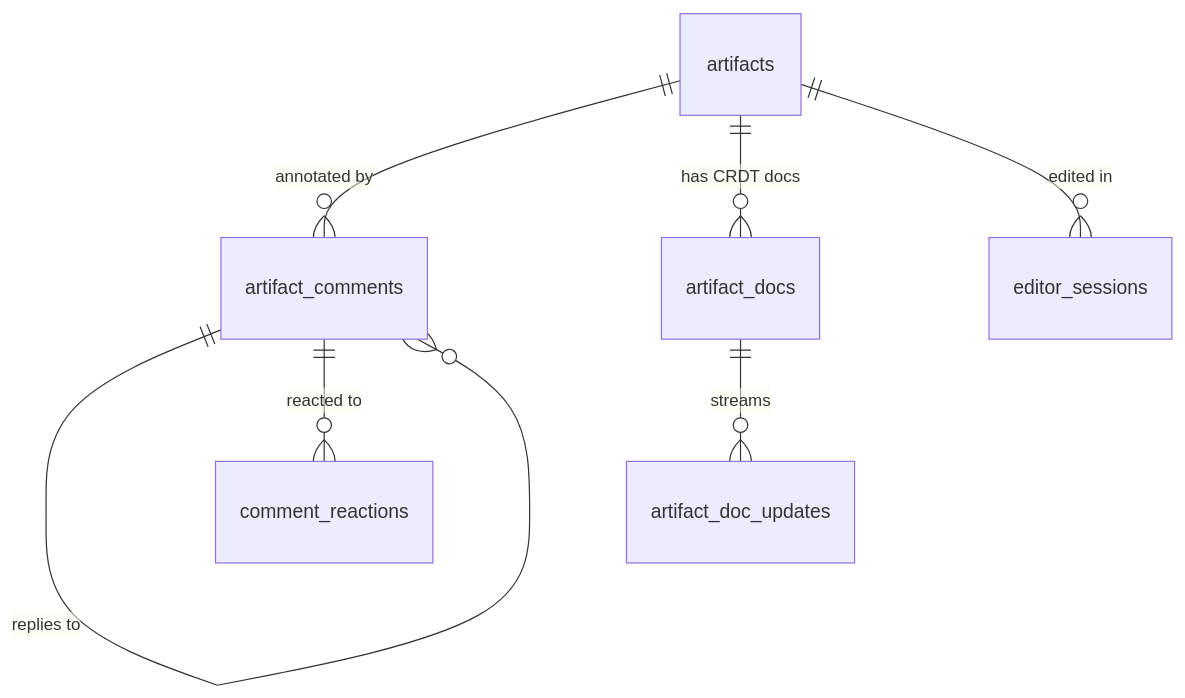
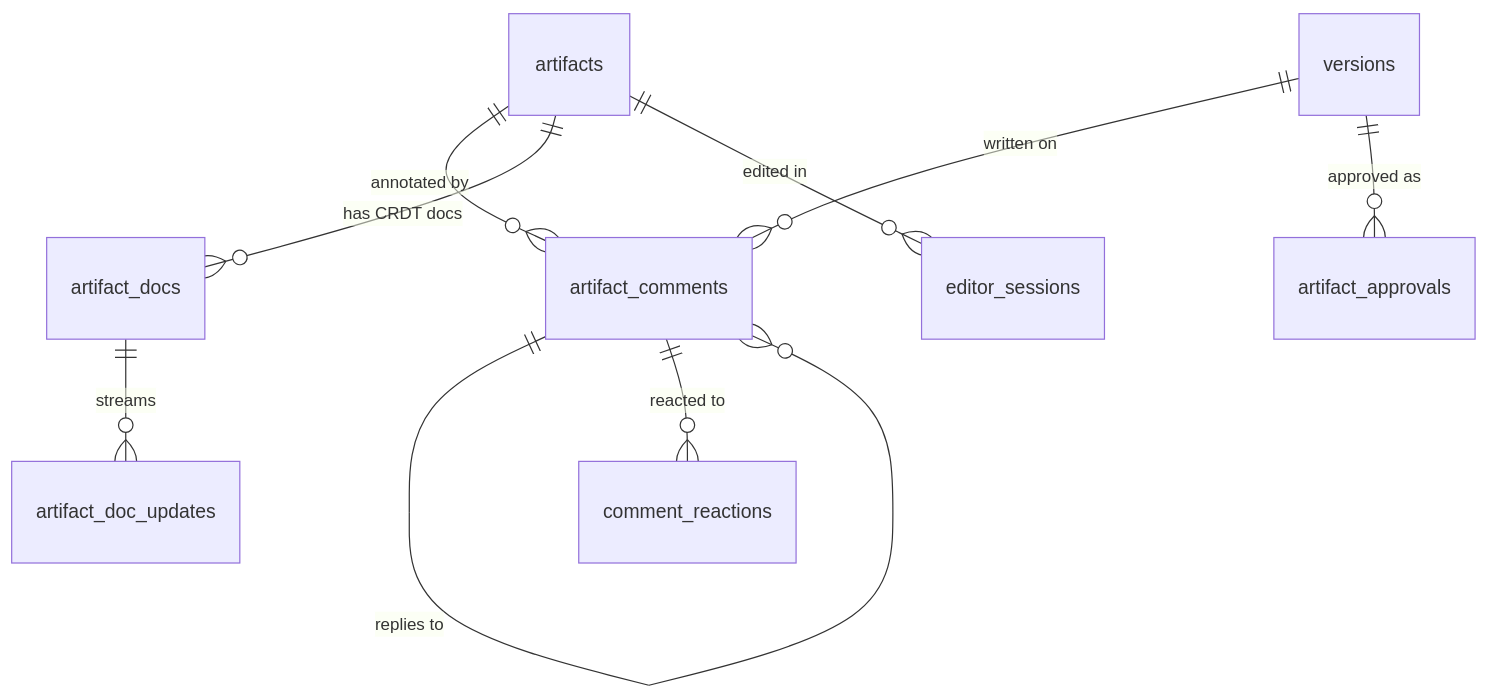
Before and after one commit to getshareout/shareout: the sixth of 13 diagrams in shareout-app/migrations/SCHEMA.md, drawn with Mermaid. The commit also changed other lines of this file and 21 other files, not shown here.

First line of the commit message:
feat(comments): review mode — resolve/reopen, assign, version anchoring, approvals

````diff
--- a/shareout-app/migrations/SCHEMA.md
+++ b/shareout-app/migrations/SCHEMA.md
@@ -243,9 +243,11 @@
 ```mermaid
 erDiagram
     artifacts         ||--o{ artifact_comments : "annotated by"
     artifact_comments ||--o{ artifact_comments : "replies to"
     artifact_comments ||--o{ comment_reactions : "reacted to"
+    versions          ||--o{ artifact_comments : "written on"
+    versions          ||--o{ artifact_approvals : "approved as"
     artifacts         ||--o{ artifact_docs     : "has CRDT docs"
     artifact_docs     ||--o{ artifact_doc_updates : "streams"
     artifacts         ||--o{ editor_sessions   : "edited in"
 ```
````
